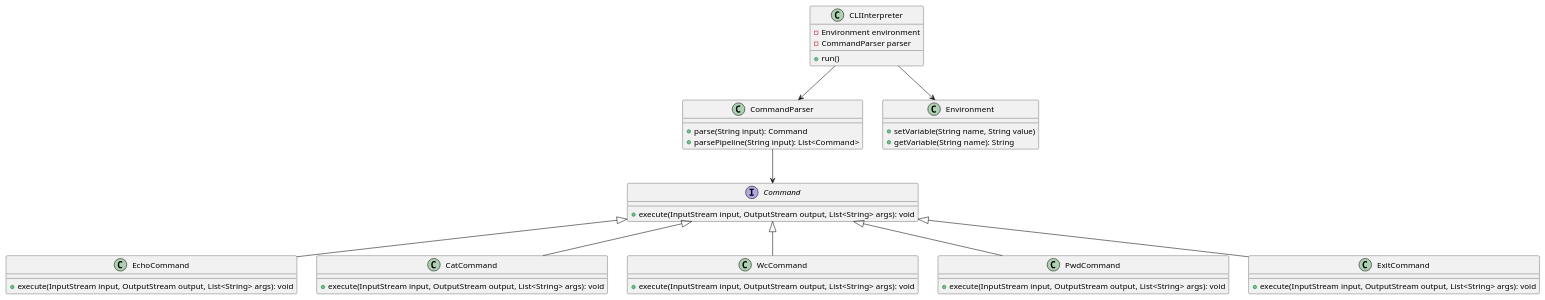
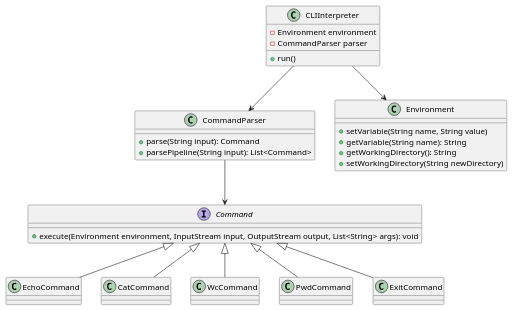
The diagram in docs/classes.puml (itmo-software-design/cli), drawn with PlantUML before and after one commit. The commit also changed 6 other files, not shown here.

```diff
--- a/docs/classes.puml
+++ b/docs/classes.puml
@@ -1,51 +1,43 @@
 @startuml
 class CLIInterpreter {
     - Environment environment
     - CommandParser parser
     + run()
 }
 
 class CommandParser {
     + parse(String input): Command
     + parsePipeline(String input): List<Command>
 }
 
 class Environment {
     + setVariable(String name, String value)
     + getVariable(String name): String
+    + getWorkingDirectory(): String
+    + setWorkingDirectory(String newDirectory)
 }
 
 interface Command {
-    + execute(InputStream input, OutputStream output, List<String> args): void
+    + execute(Environment environment, InputStream input, OutputStream output, List<String> args): void
 }
 
-class EchoCommand {
-    + execute(InputStream input, OutputStream output, List<String> args): void
-}
+class EchoCommand
 
-class CatCommand {
-    + execute(InputStream input, OutputStream output, List<String> args): void
-}
+class CatCommand
 
-class WcCommand {
-    + execute(InputStream input, OutputStream output, List<String> args): void
-}
+class WcCommand
 
-class PwdCommand {
-    + execute(InputStream input, OutputStream output, List<String> args): void
-}
+class PwdCommand
 
-class ExitCommand {
-    + execute(InputStream input, OutputStream output, List<String> args): void
-}
+class ExitCommand
 
 CLIInterpreter --> CommandParser
 CLIInterpreter --> Environment
 CommandParser --> Command
 Command <|-- EchoCommand
 Command <|-- CatCommand
 Command <|-- WcCommand
 Command <|-- PwdCommand
 Command <|-- ExitCommand
 
 @enduml
```
